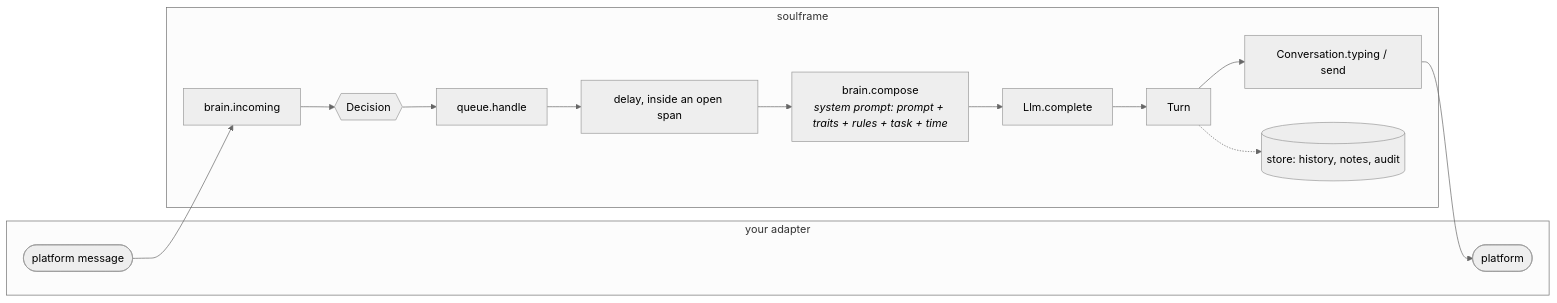
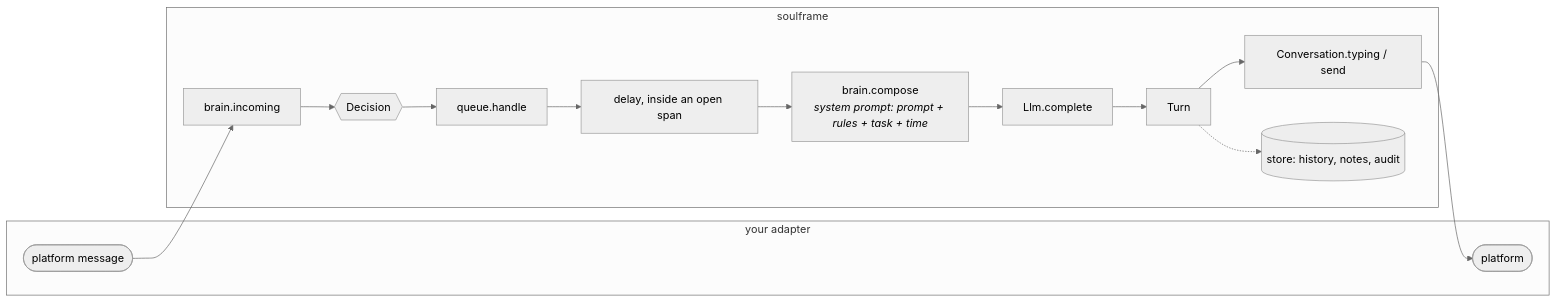
One commit to RubyDevil/soulframe changed the diagram in docs/concepts.md. Above: the diagram before and after it, drawn with Mermaid (neutral theme). The commit also changed other lines of this file and 16 other files, not shown here.

````diff
--- a/docs/concepts.md
+++ b/docs/concepts.md
@@ -7,19 +7,19 @@
 ```mermaid
 flowchart LR
     subgraph adapter["your adapter"]
         in(["platform message"])
         out(["platform"])
     end
     subgraph sf["soulframe"]
         incoming["brain.incoming"] --> decision{{"Decision"}}
         decision --> handle["queue.handle"]
         handle --> wait["delay, inside an open span"]
-        wait --> compose["brain.compose<br/><i>system prompt: prompt + traits + rules + task + time</i>"]
+        wait --> compose["brain.compose<br/><i>system prompt: prompt + rules + task + time</i>"]
         compose --> complete["Llm.complete"]
         complete --> turn["Turn"]
         turn --> send["Conversation.typing / send"]
         turn -.-> store[("store: history, notes, audit")]
     end
     in --> incoming
     send --> out
 ```
````
